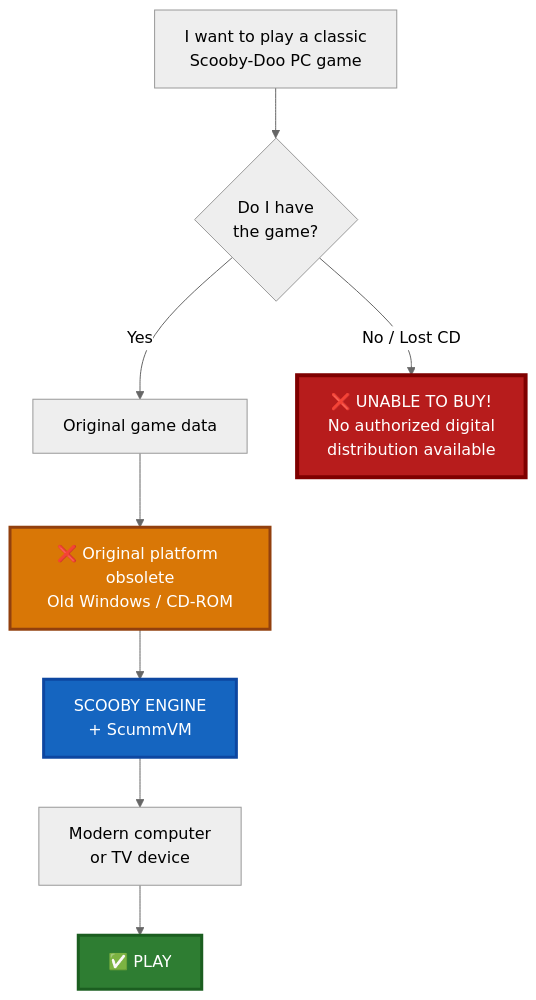
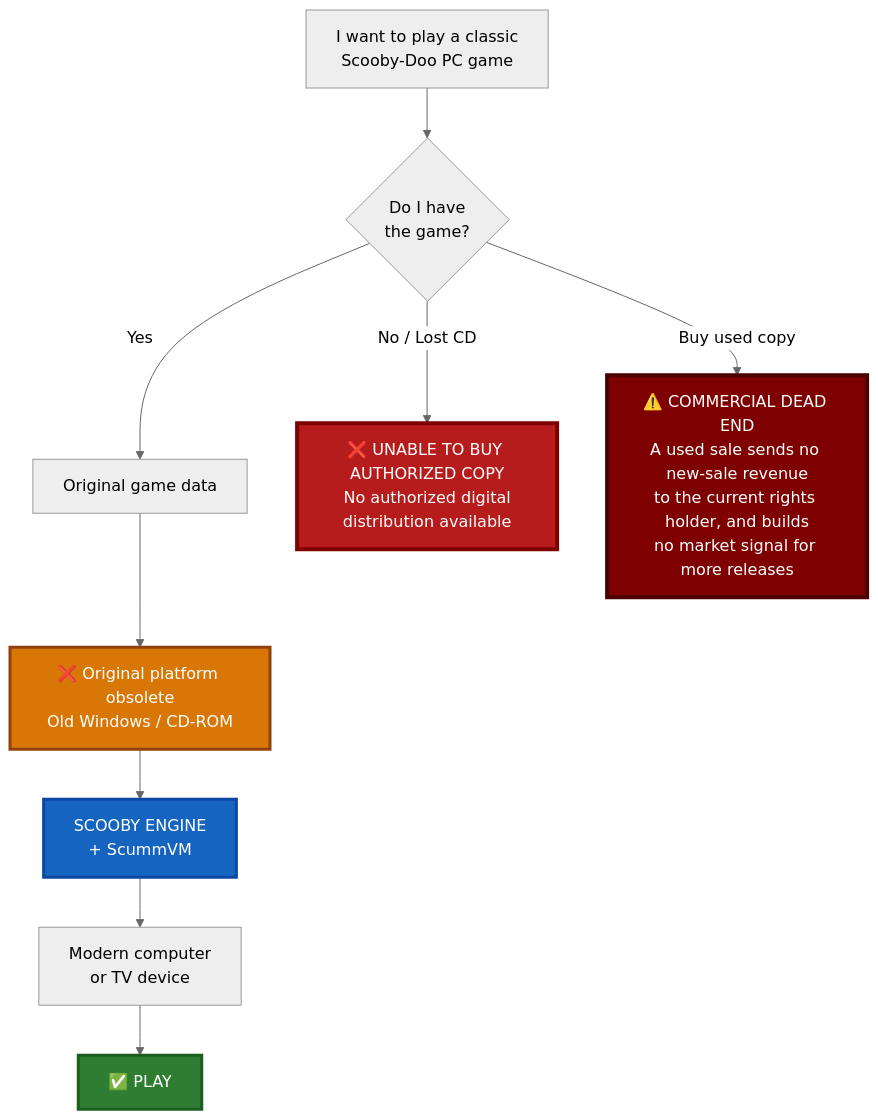
One commit to barefootbetters/scooby-engine changed the diagram in README.md. Above: the diagram before and after it, drawn with Mermaid (neutral theme). The commit also changed other lines of this file, not shown here.

First line of the commit message:
docs: split the purchase branch into two terminal dead ends

````diff
--- a/README.md
+++ b/README.md
@@ -40,19 +40,21 @@
 ```mermaid
 flowchart TD
     A["I want to play a classic<br/>Scooby-Doo PC game"]
 
     A --> B{"Do I have<br/>the game?"}
 
     B -->|"Yes"| C["Original game data"]
-    B -->|"No / Lost CD"| D["❌ UNABLE TO BUY!<br/>No authorized digital<br/>distribution available"]
+    B -->|"No / Lost CD"| D["❌ UNABLE TO BUY AUTHORIZED COPY<br/>No authorized digital<br/>distribution available"]
+    B -->|"Buy used copy"| U["⚠️ COMMERCIAL DEAD END<br/>A used sale sends no new-sale revenue<br/>to the current rights holder, and builds<br/>no market signal for more releases"]
 
     C --> E["❌ Original platform obsolete<br/>Old Windows / CD-ROM"]
     E --> F["SCOOBY ENGINE<br/>+ ScummVM"]
     F --> G["Modern computer<br/>or TV device"]
     G --> H["✅ PLAY"]
 
     style D fill:#b71c1c,color:#fff,stroke:#7f0000,stroke-width:4px
+    style U fill:#7f0000,color:#fff,stroke:#4a0000,stroke-width:4px
     style E fill:#d97706,color:#fff,stroke:#92400e,stroke-width:3px
     style F fill:#1565c0,color:#fff,stroke:#0d47a1,stroke-width:3px
     style H fill:#2e7d32,color:#fff,stroke:#1b5e20,stroke-width:3px
 ```
````
